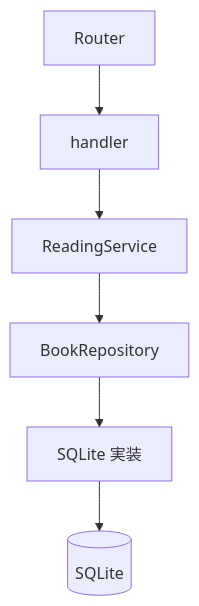
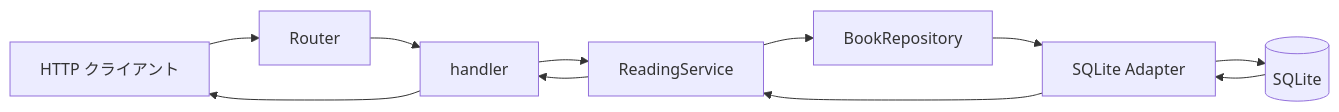
The diagram in docs/book/introduction.md (okw0204/rust-reading-notes-api), drawn with Mermaid before and after one commit. The commit also changed other lines of this file and 10 other files, not shown here.

````diff
--- a/docs/book/introduction.md
+++ b/docs/book/introduction.md
@@ -80,8 +21,10 @@
 ```mermaid
-flowchart TD
-    Router --> handler
-    handler --> service[ReadingService]
-    service --> repository[BookRepository]
-    repository --> sqlite[SQLite 実装]
-    sqlite --> db[(SQLite)]
+flowchart LR
+    Client[HTTP クライアント] --> Router
+    Router --> Handler[handler]
+    Handler --> Service[ReadingService]
+    Service --> Contract[BookRepository]
+    Contract --> Adapter[SQLite Adapter]
+    Adapter --> DB[(SQLite)]
+    DB --> Adapter --> Service --> Handler --> Client
 ```
````
